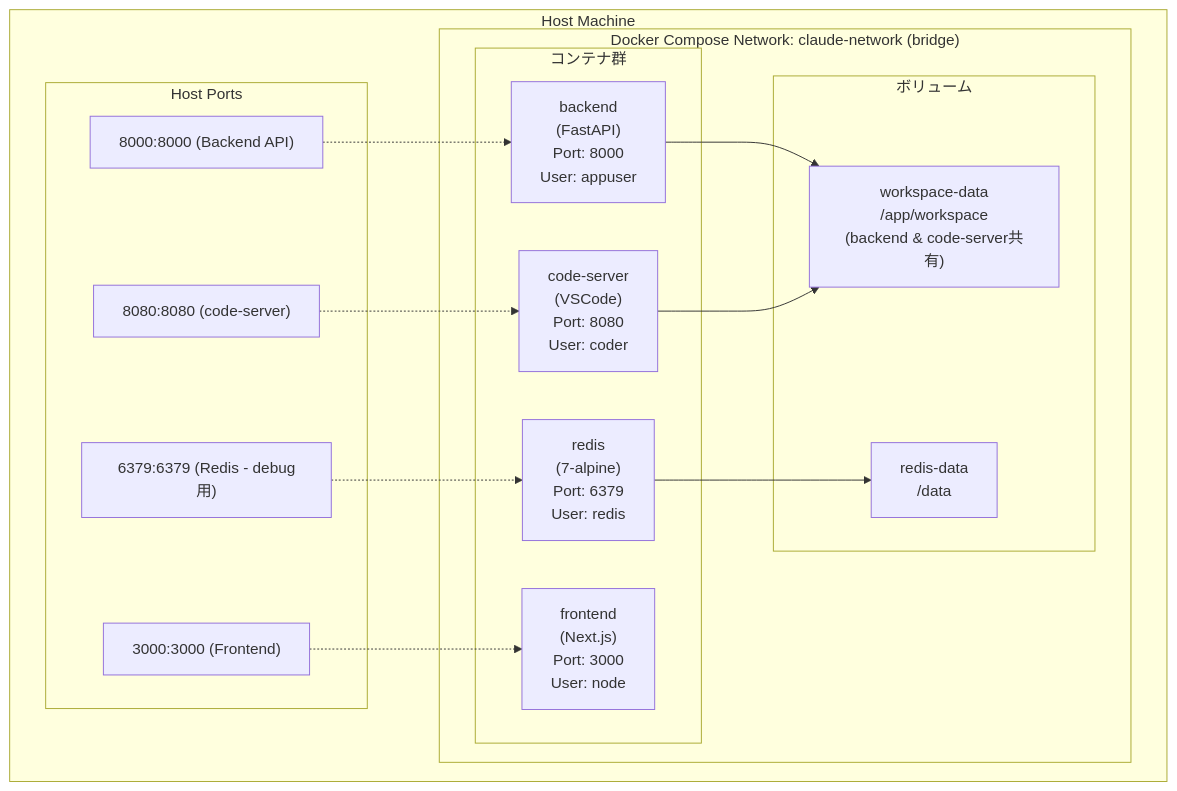
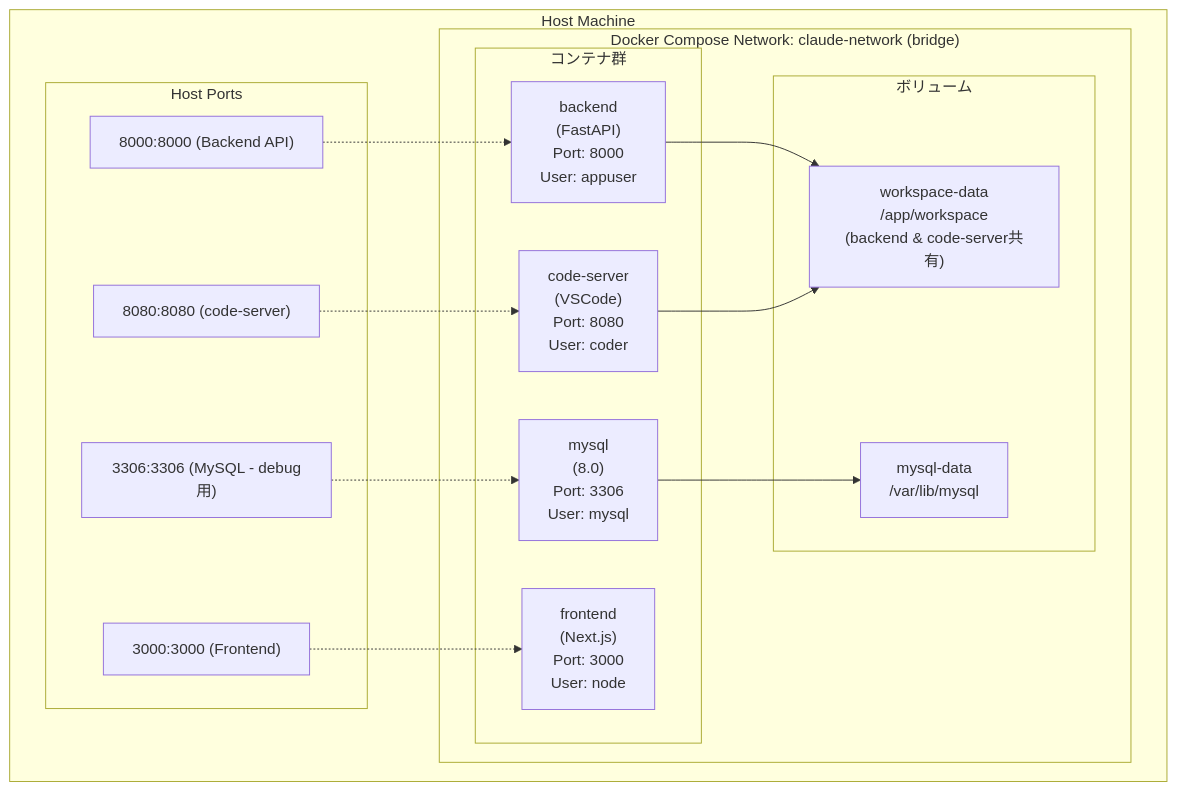
One commit to thirai-classlab/Claude-Code-Cloud changed the first of 9 diagrams in doc/docker-design.md. Above: the diagram before and after it, drawn with Mermaid. The commit also changed other lines of this file and 18 other files, not shown here.

````diff
--- a/doc/docker-design.md
+++ b/doc/docker-design.md
@@ -28,34 +79,34 @@
 ```mermaid
 flowchart TB
     subgraph Host["Host Machine"]
         subgraph Network["Docker Compose Network: claude-network (bridge)"]
             subgraph Containers["コンテナ群"]
                 FE["frontend<br/>(Next.js)<br/>Port: 3000<br/>User: node"]
                 BE["backend<br/>(FastAPI)<br/>Port: 8000<br/>User: appuser"]
                 CS["code-server<br/>(VSCode)<br/>Port: 8080<br/>User: coder"]
-                RD["redis<br/>(7-alpine)<br/>Port: 6379<br/>User: redis"]
+                DB["mysql<br/>(8.0)<br/>Port: 3306<br/>User: mysql"]
             end
 
             subgraph Volumes["ボリューム"]
                 WV["workspace-data<br/>/app/workspace<br/>(backend & code-server共有)"]
-                RV["redis-data<br/>/data"]
+                MV["mysql-data<br/>/var/lib/mysql"]
             end
         end
 
         subgraph HostPorts["Host Ports"]
             HP1["3000:3000 (Frontend)"]
             HP2["8000:8000 (Backend API)"]
             HP3["8080:8080 (code-server)"]
-            HP4["6379:6379 (Redis - debug用)"]
+            HP4["3306:3306 (MySQL - debug用)"]
         end
     end
 
     BE --> WV
     CS --> WV
-    RD --> RV
+    DB --> MV
 
     HP1 -.-> FE
     HP2 -.-> BE
     HP3 -.-> CS
-    HP4 -.-> RD
+    HP4 -.-> DB
 ```
````
